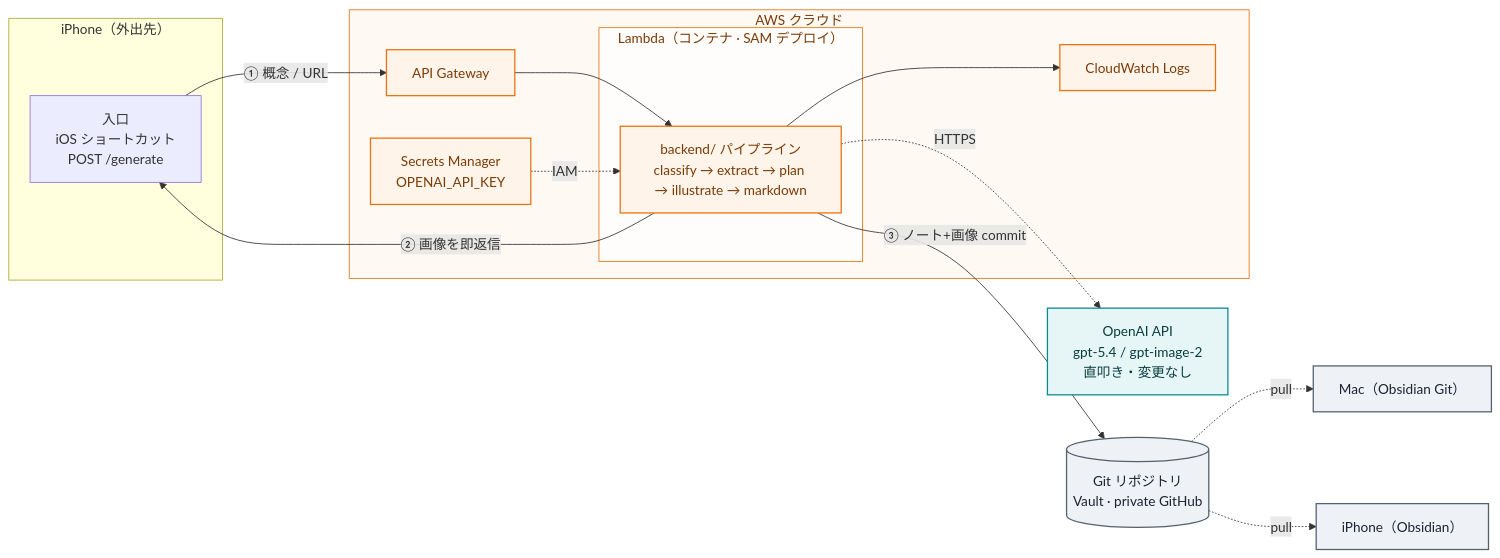
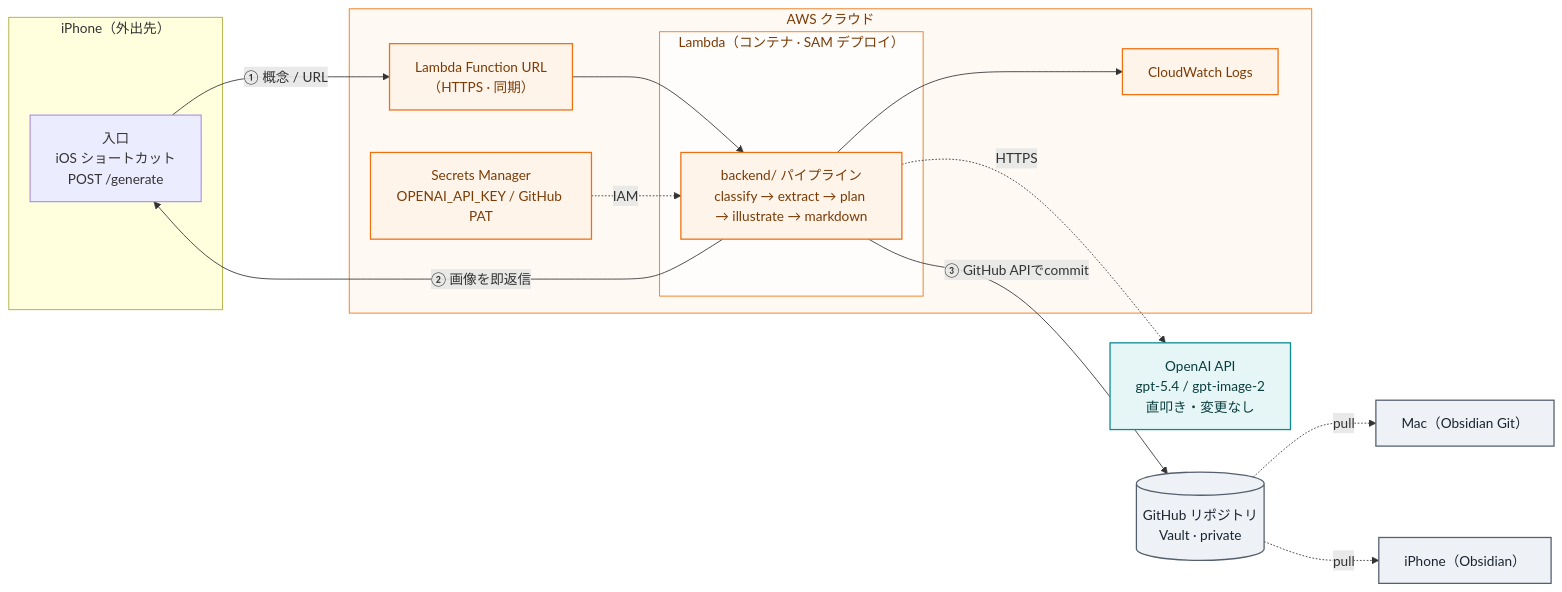
The second of 2 diagrams in docs/architecture-diagrams.md (ttk1010/ai-second-brain), drawn with Mermaid before and after one commit. The commit also changed other lines of this file and 1 other file, not shown here.

Commit message:
Record Phase 1 decisions: Lambda Function URL (sync) + GitHub API commit
Update figure 2 (API Gateway -> Lambda Function URL, Git -> GitHub API commit)
and mark Issue #42 open questions 1-2 resolved.

````diff
--- a/docs/architecture-diagrams.md
+++ b/docs/architecture-diagrams.md
@@ -40,33 +40,33 @@
 ```mermaid
 flowchart LR
   classDef ext fill:#E6F6F6,stroke:#0B8A8F,stroke-width:1.5px,color:#0a3d3f;
   classDef store fill:#EEF1F5,stroke:#55606E,stroke-width:1.5px,color:#1B2430;
   classDef aws fill:#FFF4EA,stroke:#EC7211,stroke-width:1.5px,color:#7a3b06;
   subgraph PHONE["iPhone（外出先）"]
     SC["入口<br/>iOS ショートカット<br/>POST /generate"]
   end
   subgraph CLOUD["AWS クラウド"]
-    APIGW["API Gateway"]
+    FURL["Lambda Function URL<br/>（HTTPS · 同期）"]
     subgraph LAM["Lambda（コンテナ · SAM デプロイ）"]
       PIPE["backend/ パイプライン<br/>classify → extract → plan → illustrate → markdown"]
     end
-    SM["Secrets Manager<br/>OPENAI_API_KEY"]
+    SM["Secrets Manager<br/>OPENAI_API_KEY / GitHub PAT"]
     CW["CloudWatch Logs"]
   end
   OAI["OpenAI API<br/>gpt-5.4 / gpt-image-2<br/>直叩き・変更なし"]
-  GIT[("Git リポジトリ<br/>Vault · private GitHub")]
-  SC -->|"① 概念 / URL"| APIGW
-  APIGW --> PIPE
+  GIT[("GitHub リポジトリ<br/>Vault · private")]
+  SC -->|"① 概念 / URL"| FURL
+  FURL --> PIPE
   SM -.->|IAM| PIPE
   PIPE --> CW
   PIPE -.->|HTTPS| OAI
   PIPE -->|"② 画像を即返信"| SC
-  PIPE -->|"③ ノート+画像 commit"| GIT
+  PIPE -->|"③ GitHub APIでcommit"| GIT
   GIT -.->|pull| MAC["Mac（Obsidian Git）"]
   GIT -.->|pull| OBS["iPhone（Obsidian）"]
   class OAI ext
   class GIT,MAC,OBS store
-  class APIGW,SM,CW,PIPE aws
+  class FURL,SM,CW,PIPE aws
   style CLOUD fill:#fff9f3,stroke:#EC7211,color:#7a3b06
   style LAM fill:#fffdfb,stroke:#EC7211,color:#7a3b06
 ```
````
